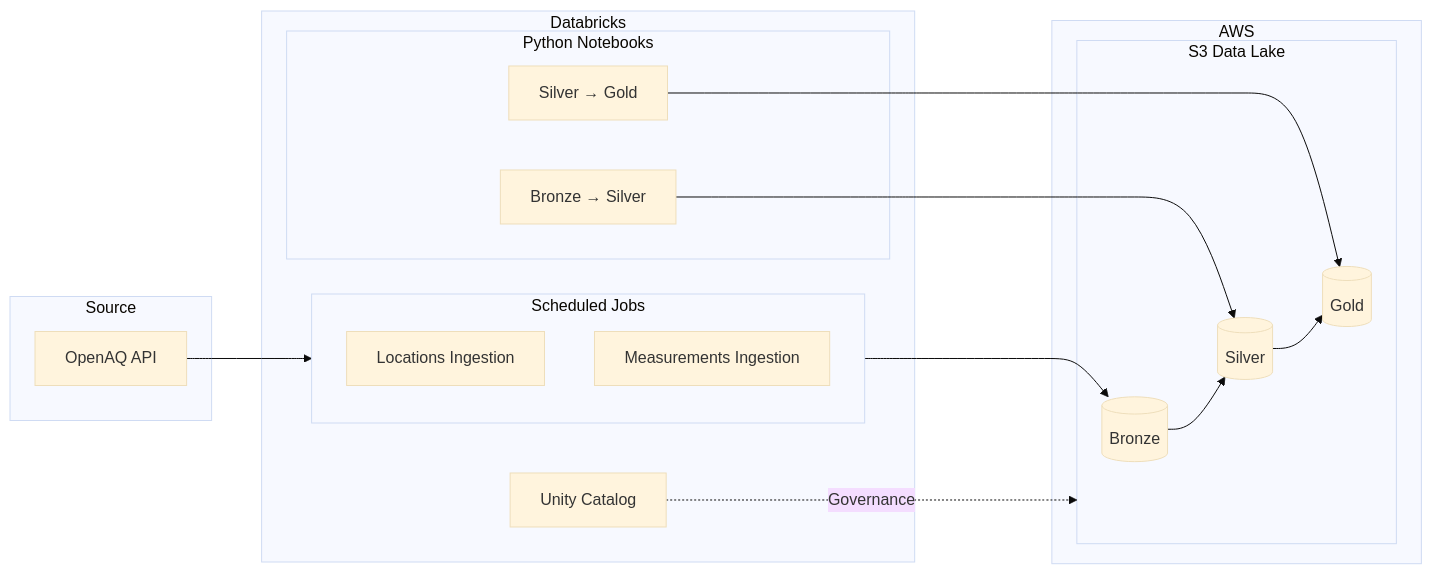
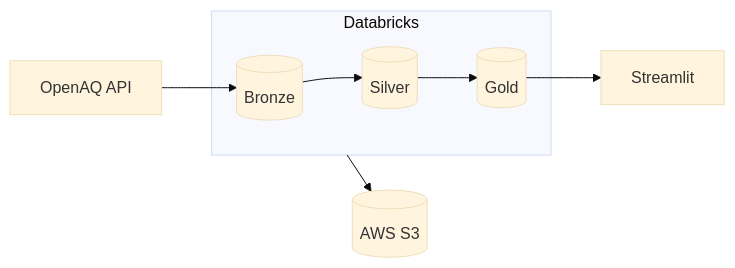
The first of 2 diagrams in README.md (aegnor8/databricks-airquality-canada), drawn with Mermaid (base theme) before and after one commit. The commit also changed other lines of this file, not shown here.

Commit message:
Update README with architecture diagram and live demo link

````diff
--- a/README.md
+++ b/README.md
@@ -11,34 +24,9 @@
 ```mermaid
 flowchart LR
-    subgraph Source
-        API[OpenAQ API]
+    API[OpenAQ API] --> Bronze
+    subgraph Databricks
+        Bronze[(Bronze)] --> Silver[(Silver)] --> Gold[(Gold)]
     end
-    
-    subgraph Databricks
-        subgraph Jobs[Scheduled Jobs]
-            J1[Locations Ingestion]
-            J2[Measurements Ingestion]
-        end
-        subgraph Notebooks[Python Notebooks]
-            N1[Bronze → Silver]
-            N2[Silver → Gold]
-        end
-        UC[Unity Catalog]
-    end
-    
-    subgraph AWS
-        subgraph S3[S3 Data Lake]
-            B[(Bronze)]
-            Si[(Silver)]
-            G[(Gold)]
-        end
-    end
-    
-    API --> Jobs
-    Jobs --> B
-    N1 --> Si
-    N2 --> G
-    B --> Si --> G
-    UC -.->|Governance| S3
-
+    Gold --> Dashboard[Streamlit]
+    Databricks --> S3[(AWS S3)]
 ```
````
